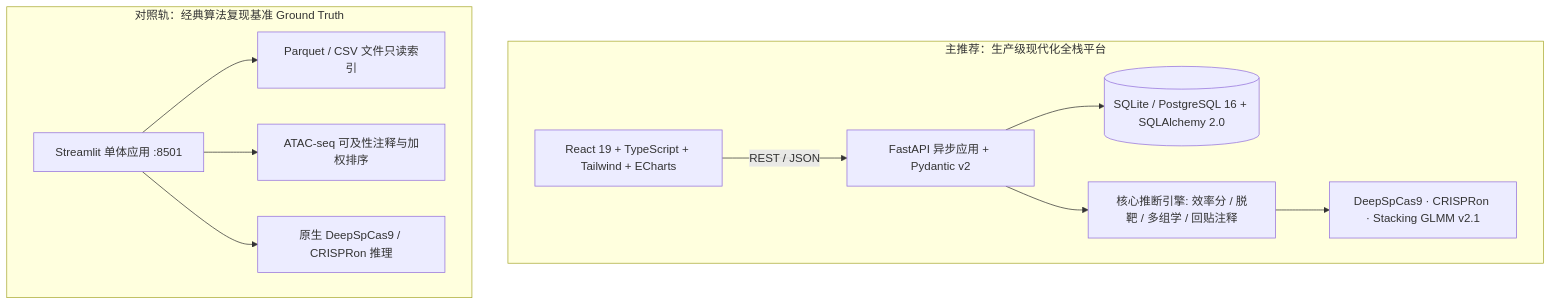
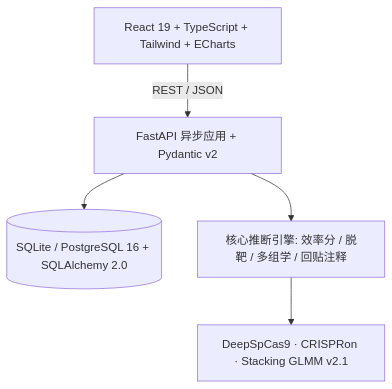
The first of 2 diagrams in cs_pipeline/docs/USER_MANUAL.md (2095262816ght-cpu/asteraceae-grna-design), drawn with Mermaid before and after one commit. The commit also changed other lines of this file and 42 other files, not shown here.

````diff
--- a/cs_pipeline/docs/USER_MANUAL.md
+++ b/cs_pipeline/docs/USER_MANUAL.md
@@ -144,15 +144,7 @@
 ```mermaid
 flowchart TD
-    subgraph Track1 [主推荐：生产级现代化全栈平台]
-        UI[React 19 + TypeScript + Tailwind + ECharts] -->|REST / JSON| API[FastAPI 异步应用 + Pydantic v2]
-        API --> DB[(SQLite / PostgreSQL 16 + SQLAlchemy 2.0)]
-        API --> Engine[核心推断引擎: 效率分 / 脱靶 / 多组学 / 回贴注释]
-        Engine --> Models[DeepSpCas9 · CRISPRon · Stacking GLMM v2.1]
-    end
-
-    subgraph Track2 [对照轨：经典算法复现基准 Ground Truth]
-        ST[Streamlit 单体应用 :8501] --> FileDB[Parquet / CSV 文件只读索引]
-        ST --> ATAC[ATAC-seq 可及性注释与加权排序]
-        ST --> Native[原生 DeepSpCas9 / CRISPRon 推理]
-    end
+    UI[React 19 + TypeScript + Tailwind + ECharts] -->|REST / JSON| API[FastAPI 异步应用 + Pydantic v2]
+    API --> DB[(SQLite / PostgreSQL 16 + SQLAlchemy 2.0)]
+    API --> Engine[核心推断引擎: 效率分 / 脱靶 / 多组学 / 回贴注释]
+    Engine --> Models[DeepSpCas9 · CRISPRon · Stacking GLMM v2.1]
 ```
````
